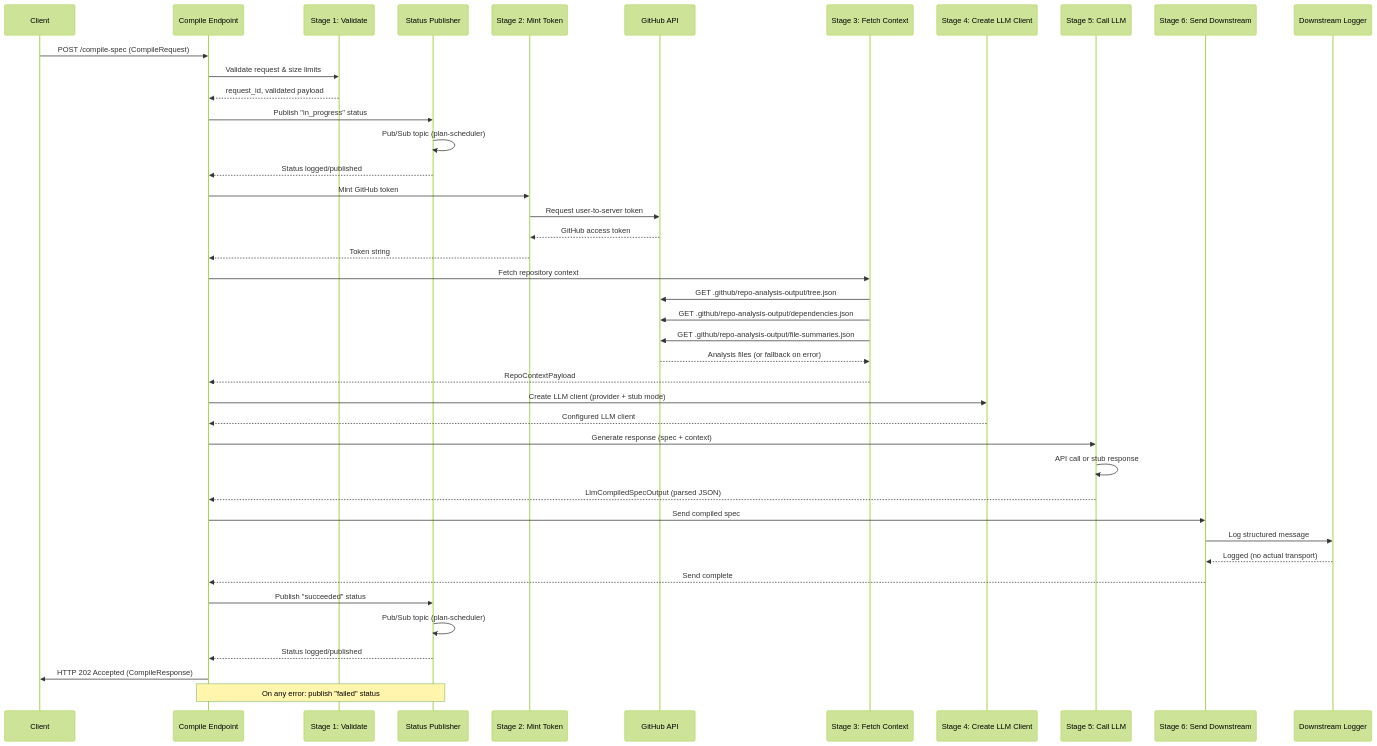
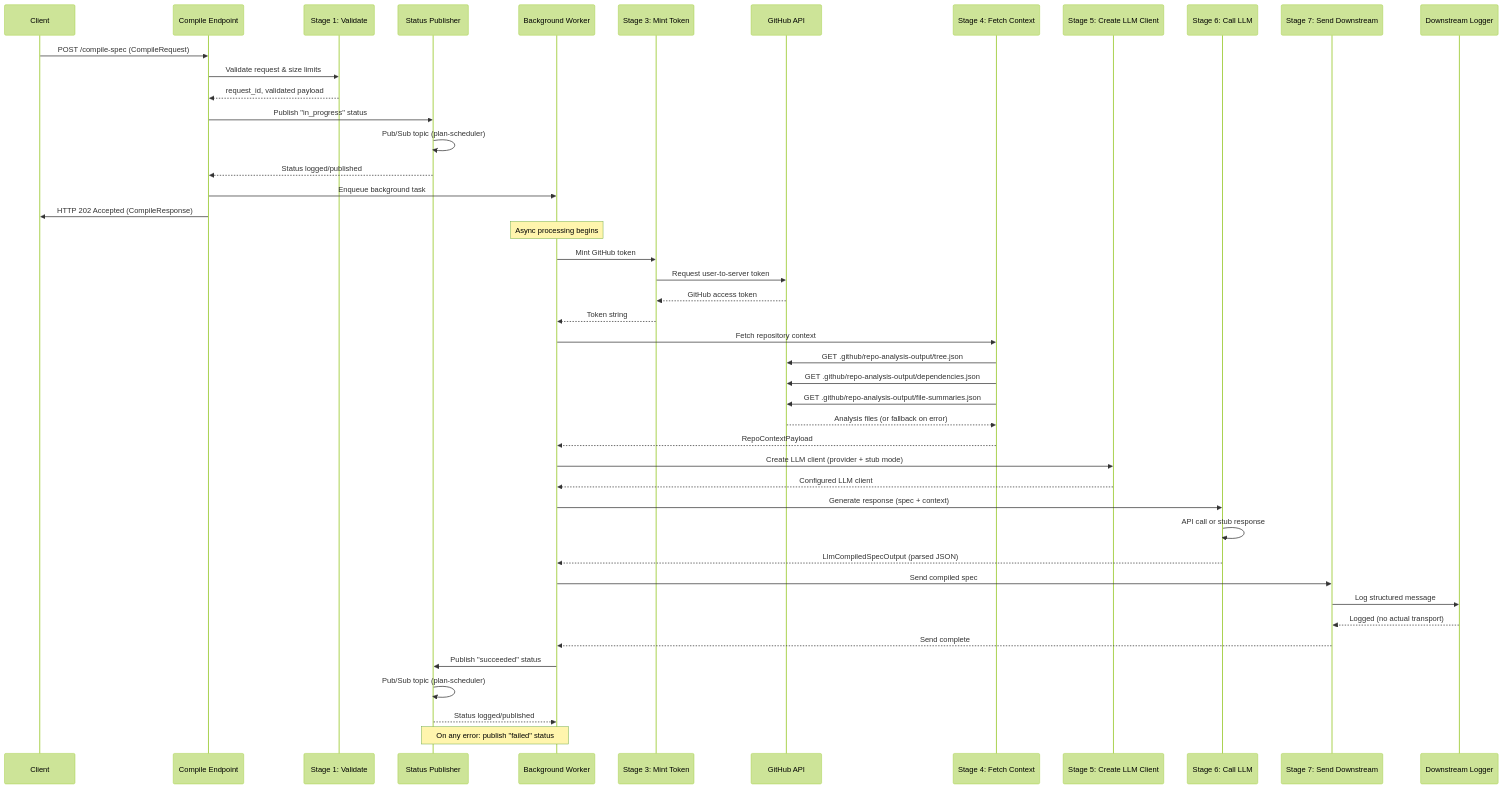
Before and after one commit to AgentFoundryExamples/spec-compiler: the diagram in README.md, drawn with Mermaid (forest theme). The commit also changed other lines of this file and 10 other files, not shown here.

````diff
--- a/README.md
+++ b/README.md
@@ -250,54 +254,58 @@
 ```mermaid
 sequenceDiagram
     participant Client
     participant API as Compile Endpoint
     participant Validator as Stage 1: Validate
     participant StatusPub as Status Publisher
-    participant Minter as Stage 2: Mint Token
+    participant BgWorker as Background Worker
+    participant Minter as Stage 3: Mint Token
     participant GitHub as GitHub API
-    participant RepoFetch as Stage 3: Fetch Context
-    participant LLMFactory as Stage 4: Create LLM Client
-    participant LLM as Stage 5: Call LLM
-    participant Downstream as Stage 6: Send Downstream
+    participant RepoFetch as Stage 4: Fetch Context
+    participant LLMFactory as Stage 5: Create LLM Client
+    participant LLM as Stage 6: Call LLM
+    participant Downstream as Stage 7: Send Downstream
     participant Logger as Downstream Logger
     
     Client->>API: POST /compile-spec (CompileRequest)
     API->>Validator: Validate request & size limits
     Validator-->>API: request_id, validated payload
     
     API->>StatusPub: Publish "in_progress" status
     StatusPub->>StatusPub: Pub/Sub topic (plan-scheduler)
     StatusPub-->>API: Status logged/published
     
-    API->>Minter: Mint GitHub token
+    API->>BgWorker: Enqueue background task
+    API->>Client: HTTP 202 Accepted (CompileResponse)
+    
+    Note over BgWorker: Async processing begins
+    
+    BgWorker->>Minter: Mint GitHub token
     Minter->>GitHub: Request user-to-server token
     GitHub-->>Minter: GitHub access token
-    Minter-->>API: Token string
+    Minter-->>BgWorker: Token string
     
-    API->>RepoFetch: Fetch repository context
+    BgWorker->>RepoFetch: Fetch repository context
     RepoFetch->>GitHub: GET .github/repo-analysis-output/tree.json
     RepoFetch->>GitHub: GET .github/repo-analysis-output/dependencies.json
     RepoFetch->>GitHub: GET .github/repo-analysis-output/file-summaries.json
     GitHub-->>RepoFetch: Analysis files (or fallback on error)
-    RepoFetch-->>API: RepoContextPayload
+    RepoFetch-->>BgWorker: RepoContextPayload
     
-    API->>LLMFactory: Create LLM client (provider + stub mode)
-    LLMFactory-->>API: Configured LLM client
+    BgWorker->>LLMFactory: Create LLM client (provider + stub mode)
+    LLMFactory-->>BgWorker: Configured LLM client
     
-    API->>LLM: Generate response (spec + context)
+    BgWorker->>LLM: Generate response (spec + context)
     LLM->>LLM: API call or stub response
-    LLM-->>API: LlmCompiledSpecOutput (parsed JSON)
+    LLM-->>BgWorker: LlmCompiledSpecOutput (parsed JSON)
     
-    API->>Downstream: Send compiled spec
+    BgWorker->>Downstream: Send compiled spec
     Downstream->>Logger: Log structured message
     Logger-->>Downstream: Logged (no actual transport)
-    Downstream-->>API: Send complete
+    Downstream-->>BgWorker: Send complete
     
-    API->>StatusPub: Publish "succeeded" status
+    BgWorker->>StatusPub: Publish "succeeded" status
     StatusPub->>StatusPub: Pub/Sub topic (plan-scheduler)
-    StatusPub-->>API: Status logged/published
+    StatusPub-->>BgWorker: Status logged/published
     
-    API->>Client: HTTP 202 Accepted (CompileResponse)
-    
-    Note over API,StatusPub: On any error: publish "failed" status
+    Note over BgWorker,StatusPub: On any error: publish "failed" status
 ```
````
